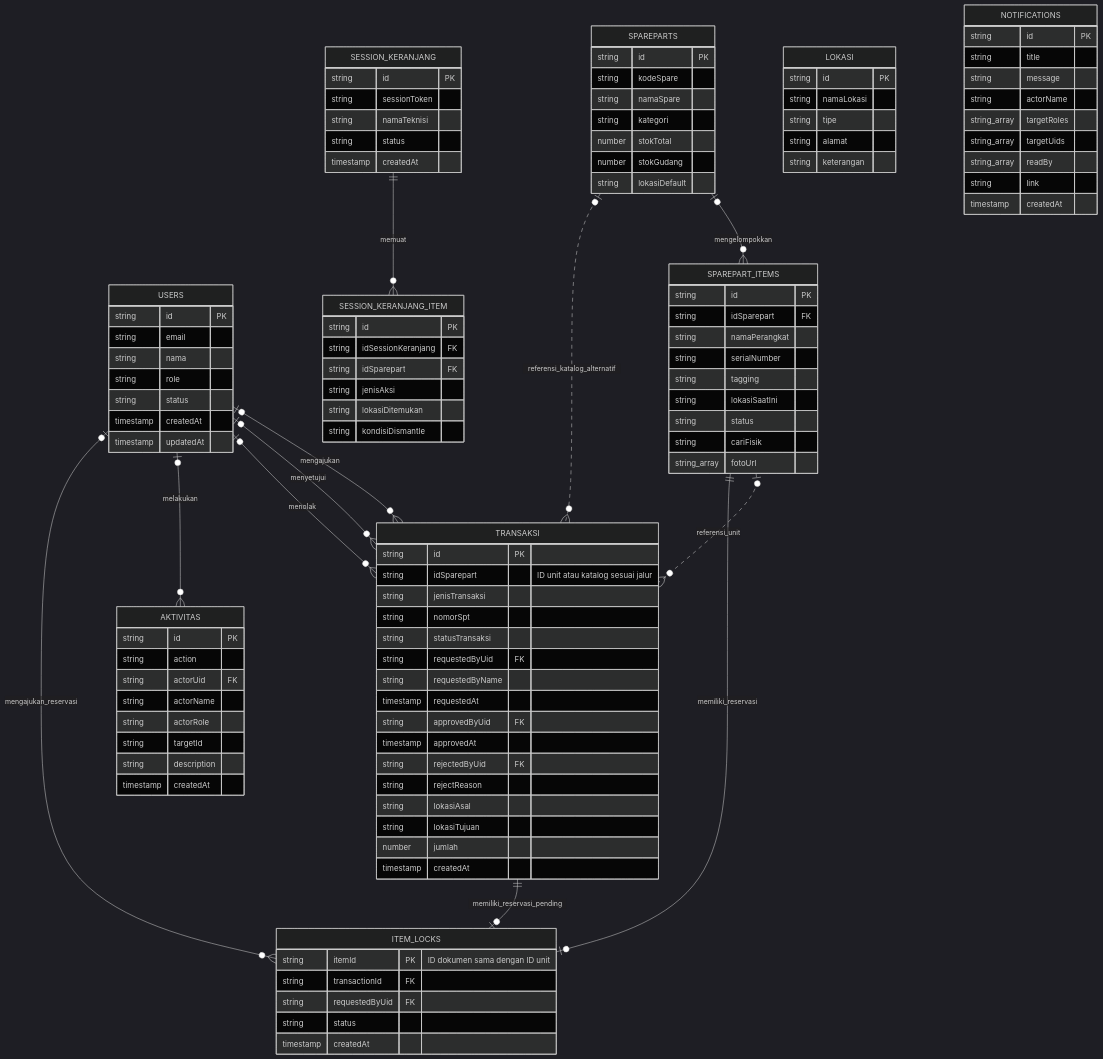
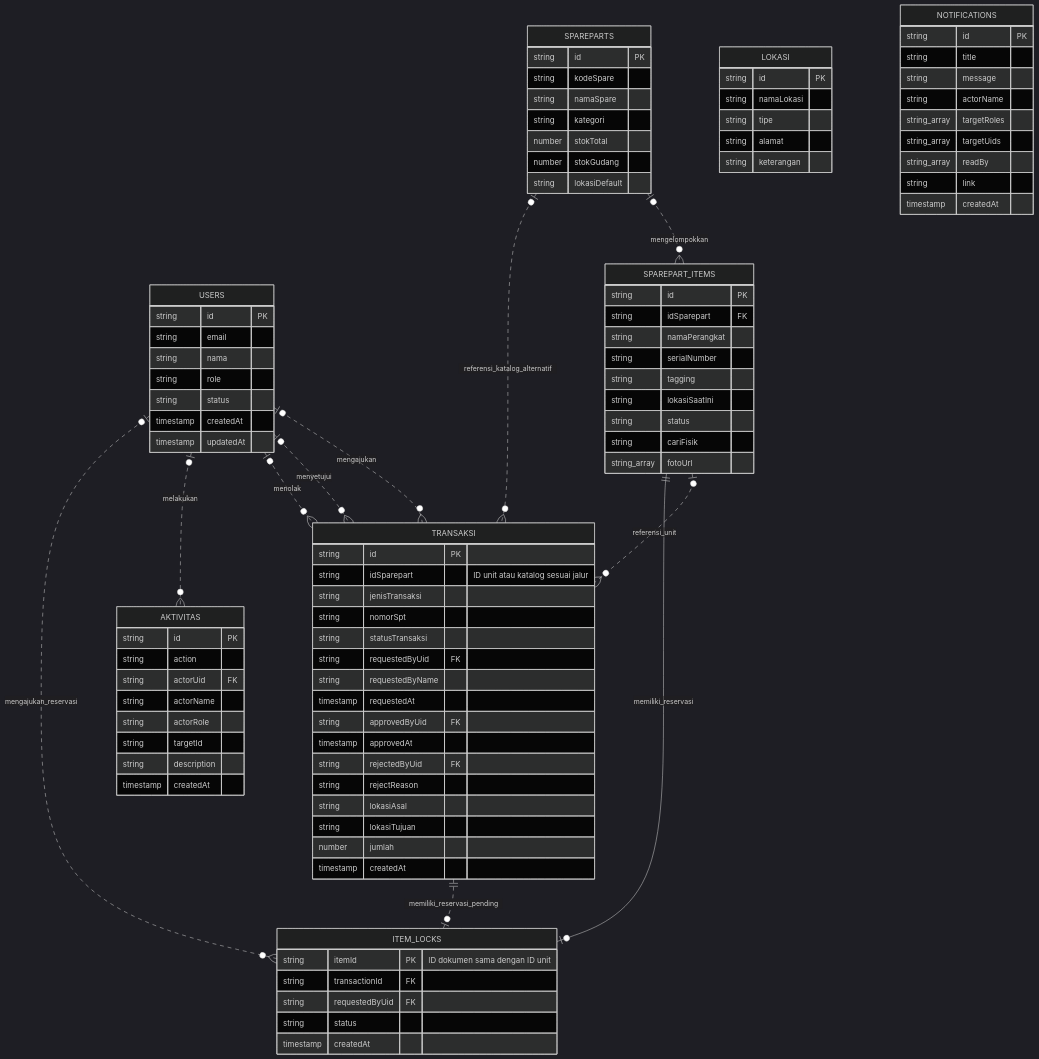
Before and after one commit to Fadliyuu/Telkomsatt: the fifth of 13 diagrams in README.md, drawn with Mermaid (dark theme). The commit also changed other lines of this file, not shown here.

Commit message:
docs: finalize ERD with consistent non-identifying relationships for thesis

````diff
--- a/README.md
+++ b/README.md
@@ -399,20 +399,19 @@
 ```mermaid
 erDiagram
-    USERS o|--o{ TRANSAKSI : mengajukan
-    USERS o|--o{ TRANSAKSI : menyetujui
-    USERS o|--o{ TRANSAKSI : menolak
-    USERS o|--o{ AKTIVITAS : melakukan
+    USERS o|..o{ TRANSAKSI : mengajukan
+    USERS o|..o{ TRANSAKSI : menyetujui
+    USERS o|..o{ TRANSAKSI : menolak
+    USERS o|..o{ AKTIVITAS : melakukan
 
-    SPAREPARTS o|--o{ SPAREPART_ITEMS : mengelompokkan
+    SPAREPARTS o|..o{ SPAREPART_ITEMS : mengelompokkan
 
     SPAREPART_ITEMS o|..o{ TRANSAKSI : referensi_unit
     SPAREPARTS o|..o{ TRANSAKSI : referensi_katalog_alternatif
 
     SPAREPART_ITEMS ||--o| ITEM_LOCKS : memiliki_reservasi
-    TRANSAKSI ||--o| ITEM_LOCKS : memiliki_reservasi_pending
-    USERS o|--o{ ITEM_LOCKS : mengajukan_reservasi
+    TRANSAKSI ||..o| ITEM_LOCKS : memiliki_reservasi_pending
+    USERS o|..o{ ITEM_LOCKS : mengajukan_reservasi
 
-    SESSION_KERANJANG ||--o{ SESSION_KERANJANG_ITEM : memuat
     USERS {
         string id PK
         string email
@@ -474,21 +473,6 @@
         string alamat
         string keterangan
     }
-    SESSION_KERANJANG {
-        string id PK
-        string sessionToken
-        string namaTeknisi
-        string status
-        timestamp createdAt
-    }
-    SESSION_KERANJANG_ITEM {
-        string id PK
-        string idSessionKeranjang FK
-        string idSparepart FK
-        string jenisAksi
-        string lokasiDitemukan
-        string kondisiDismantle
-    }
     NOTIFICATIONS {
         string id PK
         string title
````
